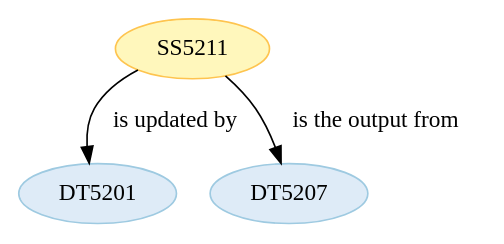
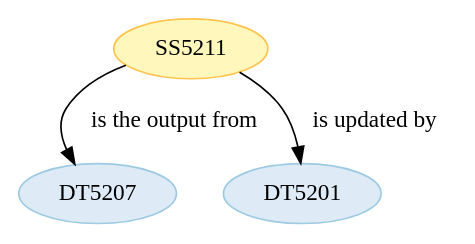
Before and after one commit to Marco-Salvi/cwl-test: the diagram in wf5201/ST520111.dot, drawn with Graphviz. The commit also changed other lines of this file and 28 other files, not shown here.

```diff
--- a/wf5201/ST520111.dot
+++ b/wf5201/ST520111.dot
@@ -1,14 +1,14 @@
 strict digraph {
 
 
 	"SS5211" [ color="2", colorscheme="ylorbr3", fillcolor="1", style="filled",  weight=0 ];
 
+	"SS5211" -> "DT5207" [ label="is the output from", labeltooltip="DT5207 - is the output from - SS5211",  weight=0 ];
+
 	"SS5211" -> "DT5201" [ label="is updated by", labeltooltip="DT5201 - is updated by - SS5211",  weight=0 ];
-
-	"SS5211" -> "DT5207" [ label="is the output from", labeltooltip="DT5207 - is the output from - SS5211",  weight=0 ];
 
 	"DT5201" [ color="2", colorscheme="blues3", fillcolor="1", style="filled",  weight=0 ];
 
 	"DT5207" [ color="2", colorscheme="blues3", fillcolor="1", style="filled",  weight=0 ];
 
 }
```
